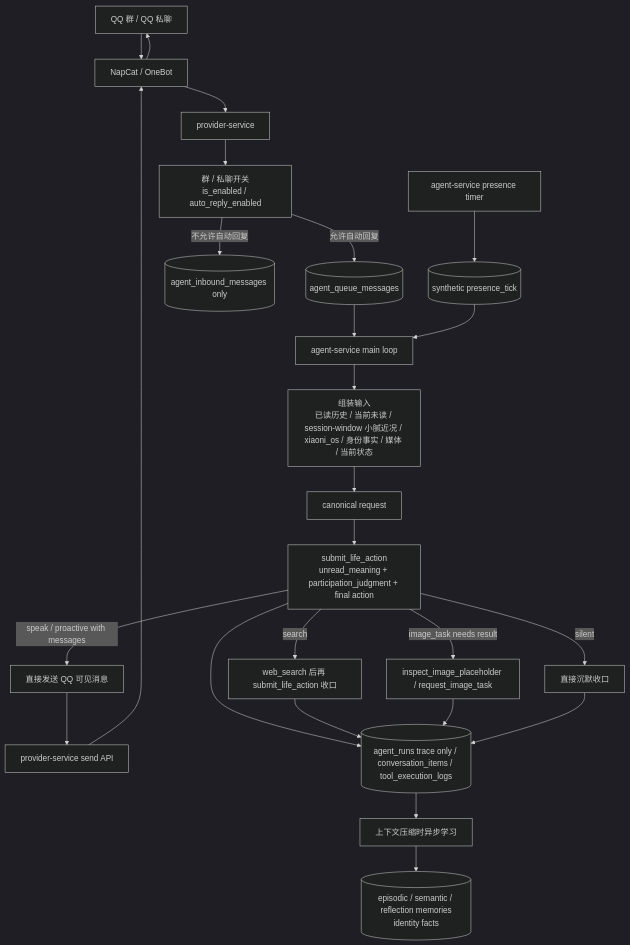
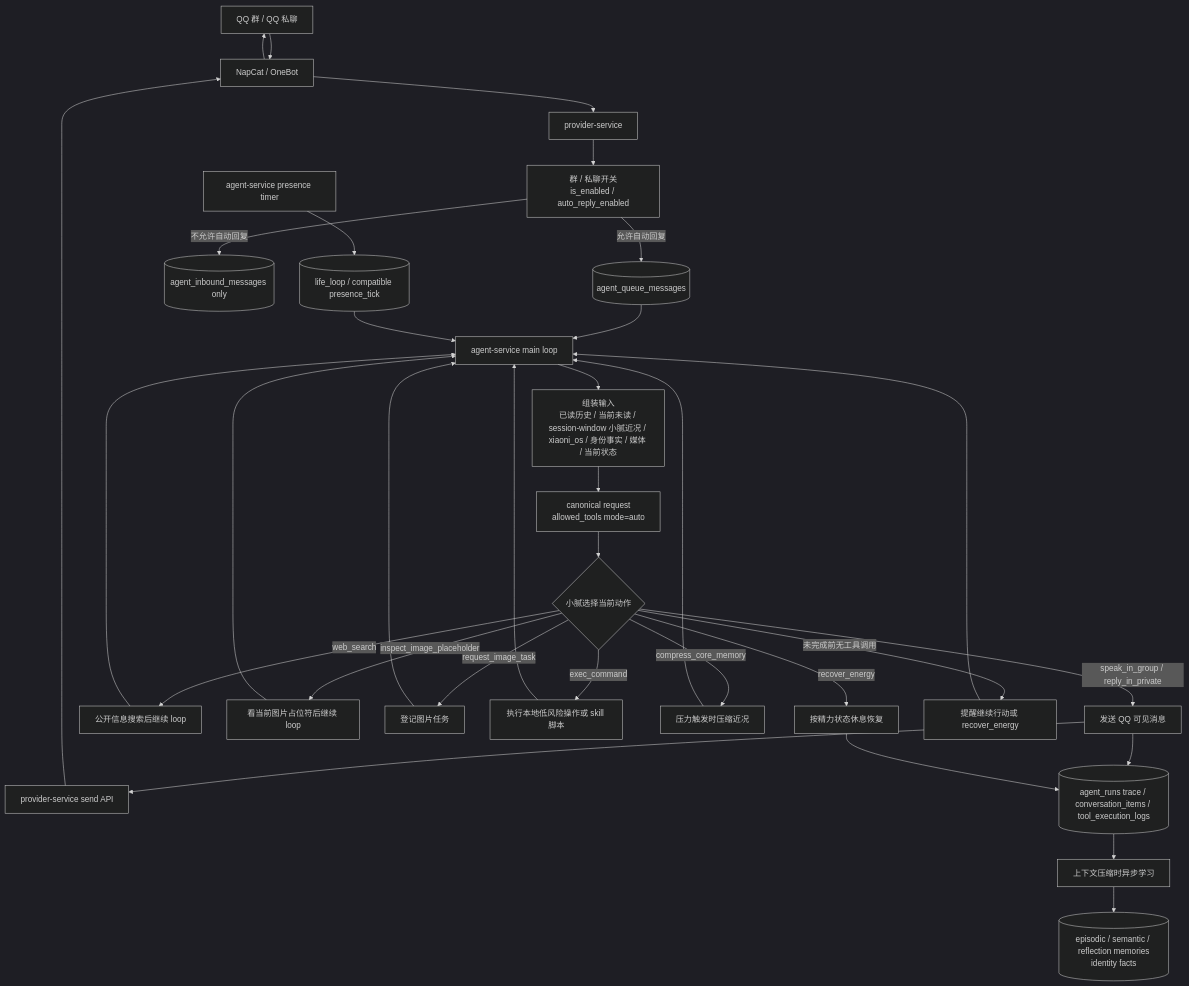
Before and after one commit to Hei-AI/xiaoni_cc: the first of 3 diagrams in docs/XIAONI_SPEAKING_FLOW.md, drawn with Mermaid (dark theme). The commit also changed other lines of this file and 45 other files, not shown here.

````diff
--- a/docs/XIAONI_SPEAKING_FLOW.md
+++ b/docs/XIAONI_SPEAKING_FLOW.md
@@ -13,32 +13,41 @@
 ```mermaid
 flowchart TD
   QQ[QQ 群 / QQ 私聊] --> NapCat[NapCat / OneBot]
   NapCat --> Provider[provider-service]
 
   Provider --> Policy[群 / 私聊开关<br/>is_enabled / auto_reply_enabled]
   Policy -->|允许自动回复| Queue[(agent_queue_messages)]
   Policy -->|不允许自动回复| InboxOnly[(agent_inbound_messages only)]
 
   Queue --> Loop[agent-service main loop]
   Loop --> Context[组装输入<br/>已读历史 / 当前未读 / session-window 小腻近况 / xiaoni_os / 身份事实 / 媒体 / 当前状态]
-  Context --> Request[canonical request]
-  Request --> LifeAction[submit_life_action<br/>unread_meaning + participation_judgment + final action]
+  Context --> Request[canonical request<br/>allowed_tools mode=auto]
 
-  LifeAction -->|speak / proactive with messages| Send[直接发送 QQ 可见消息]
-  LifeAction -->|silent| Silent[直接沉默收口]
-  LifeAction -->|search| Search[web_search 后再 submit_life_action 收口]
-  LifeAction -->|image_task needs result| ImageTools[inspect_image_placeholder / request_image_task]
+  Request --> Tools{小腻选择当前动作}
+  Tools -->|speak_in_group / reply_in_private| Send[发送 QQ 可见消息]
+  Tools -->|web_search| Search[公开信息搜索后继续 loop]
+  Tools -->|inspect_image_placeholder| Inspect[看当前图片占位符后继续 loop]
+  Tools -->|request_image_task| ImageTask[登记图片任务]
+  Tools -->|exec_command| Exec[执行本地低风险操作或 skill 脚本]
+  Tools -->|compress_core_memory| Compress[压力触发时压缩近况]
+  Tools -->|recover_energy| Rest[按精力状态休息恢复]
+  Tools -->|未完成前无工具调用| Continue[提醒继续行动或 recover_energy]
 
   Send --> ProviderSend[provider-service send API]
   ProviderSend --> NapCat --> QQ
 
-  LifeAction --> Record[(agent_runs trace only / conversation_items / tool_execution_logs)]
-  Search --> Record
-  ImageTools --> Record
-  Silent --> Record
+  Search --> Loop
+  Inspect --> Loop
+  ImageTask --> Loop
+  Exec --> Loop
+  Compress --> Loop
+  Continue --> Loop
+
+  Send --> Record[(agent_runs trace / conversation_items / tool_execution_logs)]
+  Rest --> Record
   Record --> Learn[上下文压缩时异步学习]
   Learn --> Memory[(episodic / semantic / reflection memories<br/>identity facts)]
 
-  AgentTimer[agent-service presence timer] --> PresenceQueue[(synthetic presence_tick)]
+  AgentTimer[agent-service presence timer] --> PresenceQueue[(life_loop / compatible presence_tick)]
   PresenceQueue --> Loop
 ```
````
